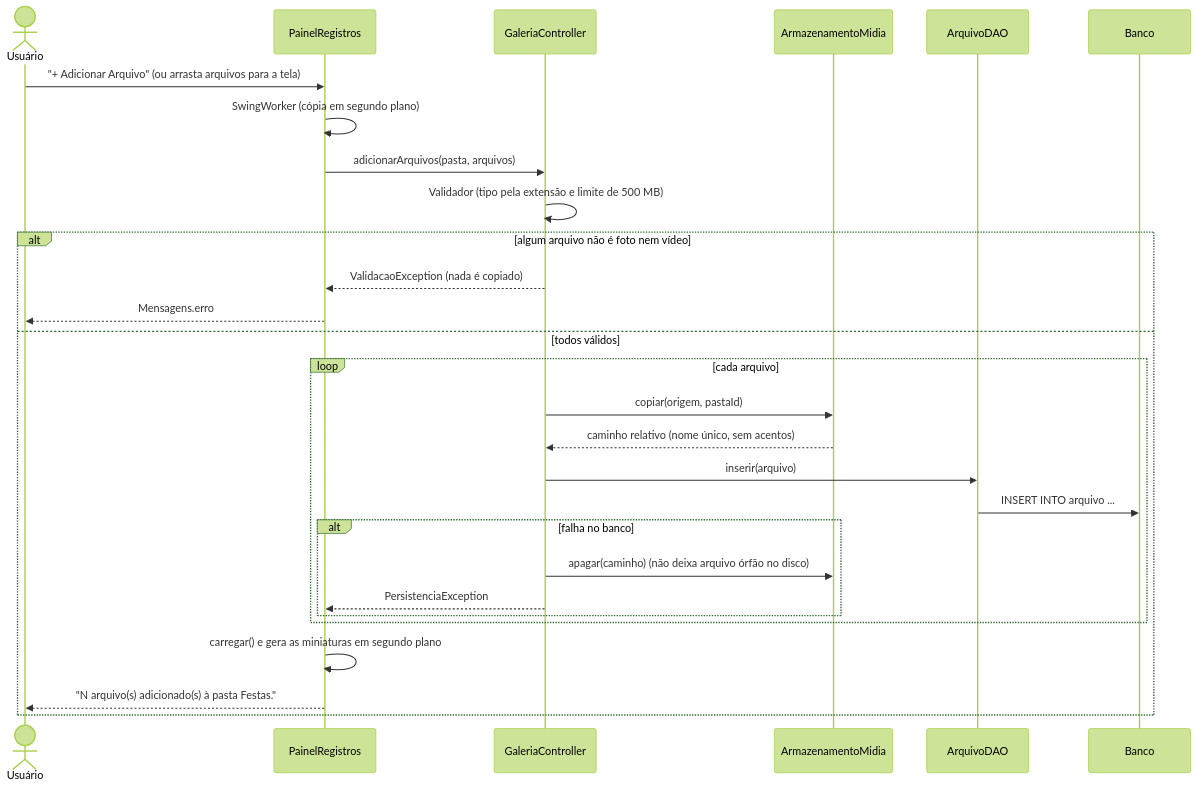
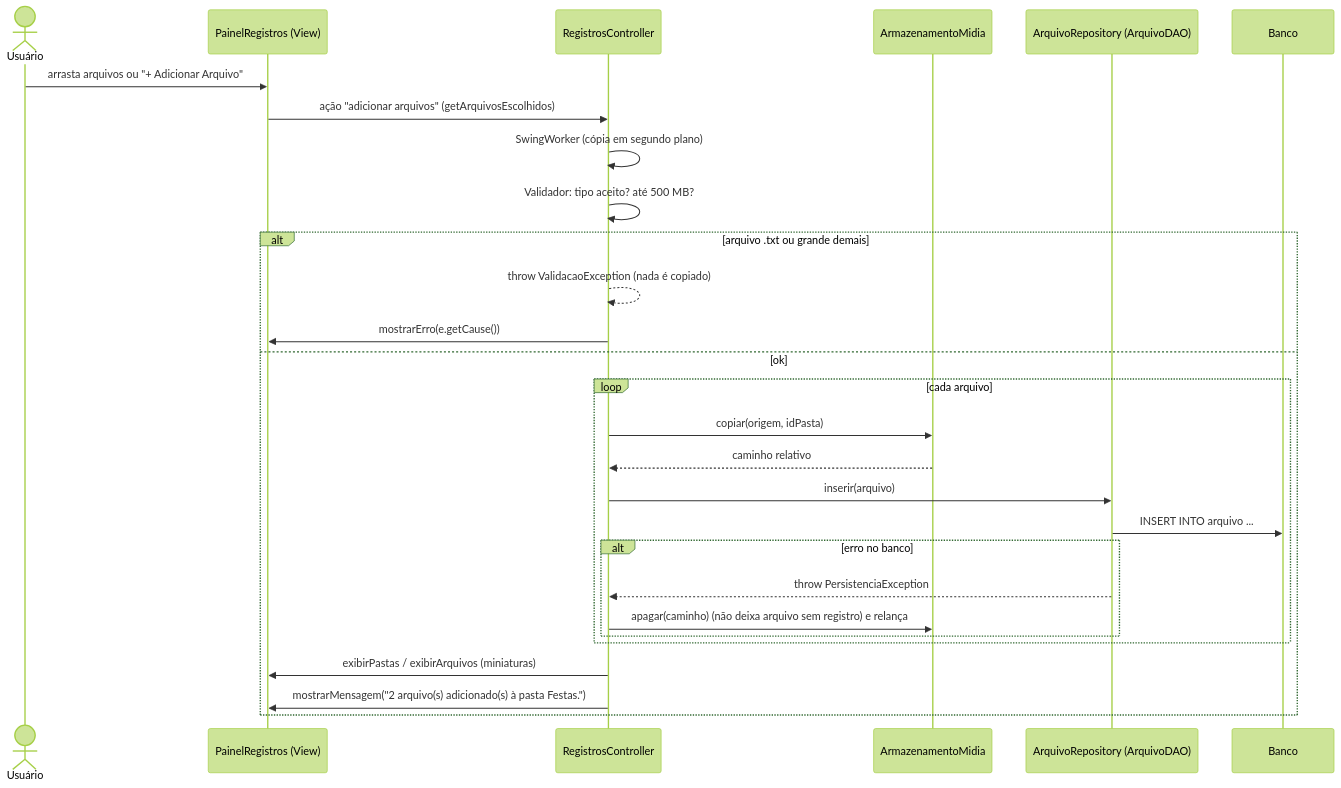
One commit to mheloisawitt/Athletiza changed diagram 13 of 13 in docs/diagramas/sequencia.md. Above: the diagram before and after it, drawn with Mermaid (forest theme). The commit also changed other lines of this file and 196 other files, not shown here.

````diff
--- a/docs/diagramas/sequencia.md
+++ b/docs/diagramas/sequencia.md
@@ -384,31 +430,31 @@
 ```mermaid
 sequenceDiagram
     actor U as Usuário
-    participant V as PainelRegistros
-    participant C as GaleriaController
+    participant V as PainelRegistros (View)
+    participant C as RegistrosController
     participant A as ArmazenamentoMidia
-    participant D as ArquivoDAO
+    participant R as ArquivoRepository (ArquivoDAO)
     participant B as Banco
 
-    U->>V: "+ Adicionar Arquivo" (ou arrasta arquivos para a tela)
-    V->>V: SwingWorker (cópia em segundo plano)
-    V->>C: adicionarArquivos(pasta, arquivos)
-    C->>C: Validador (tipo pela extensão e limite de 500 MB)
-    alt algum arquivo não é foto nem vídeo
-        C-->>V: ValidacaoException (nada é copiado)
-        V-->>U: Mensagens.erro
-    else todos válidos
+    U->>V: arrasta arquivos ou "+ Adicionar Arquivo"
+    V->>C: ação "adicionar arquivos" (getArquivosEscolhidos)
+    C->>C: SwingWorker (cópia em segundo plano)
+    C->>C: Validador: tipo aceito? até 500 MB?
+    alt arquivo .txt ou grande demais
+        C-->>C: throw ValidacaoException (nada é copiado)
+        C->>V: mostrarErro(e.getCause())
+    else ok
         loop cada arquivo
-            C->>A: copiar(origem, pastaId)
-            A-->>C: caminho relativo (nome único, sem acentos)
-            C->>D: inserir(arquivo)
-            D->>B: INSERT INTO arquivo ...
-            alt falha no banco
-                C->>A: apagar(caminho) (não deixa arquivo órfão no disco)
-                C-->>V: PersistenciaException
+            C->>A: copiar(origem, idPasta)
+            A-->>C: caminho relativo
+            C->>R: inserir(arquivo)
+            R->>B: INSERT INTO arquivo ...
+            alt erro no banco
+                R-->>C: throw PersistenciaException
+                C->>A: apagar(caminho) (não deixa arquivo sem registro) e relança
             end
         end
-        V->>V: carregar() e gera as miniaturas em segundo plano
-        V-->>U: "N arquivo(s) adicionado(s) à pasta Festas."
+        C->>V: exibirPastas / exibirArquivos (miniaturas)
+        C->>V: mostrarMensagem("2 arquivo(s) adicionado(s) à pasta Festas.")
     end
 ```
````
